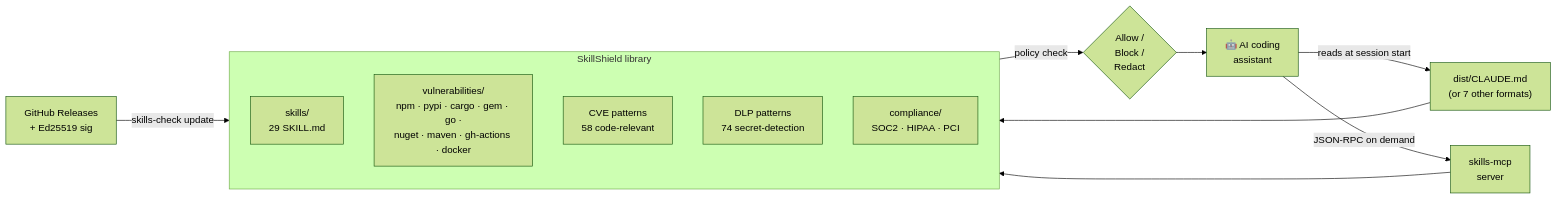
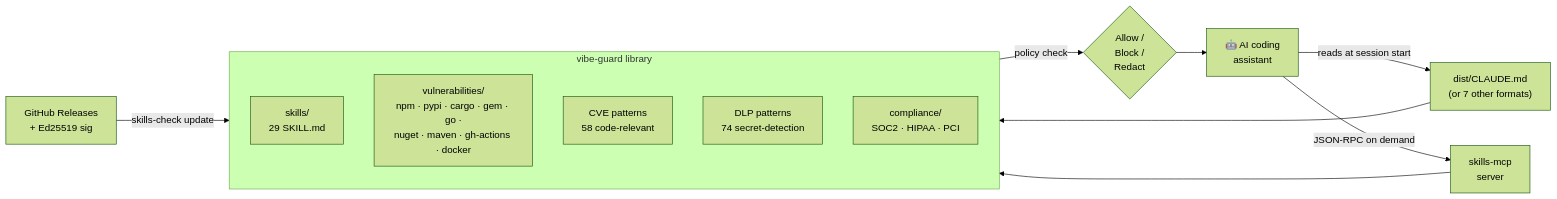
Before and after one commit to nguyencongnamit/skills-library: the diagram in docs/index.md, drawn with Mermaid (forest theme). The commit also changed other lines of this file and 22 other files, not shown here.

First line of the commit message:
Add build roadmap, strategy docs, release banner; refresh branding prose

````diff
--- a/docs/index.md
+++ b/docs/index.md
@@ -92,18 +92,18 @@
 ``` mermaid
 flowchart LR
     AI["🤖 AI coding<br/>assistant"] -->|reads at session start| DIST["dist/CLAUDE.md<br/>(or 7 other formats)"]
     AI -->|JSON-RPC on demand| MCP["skills-mcp<br/>server"]
-    subgraph LIB [" SkillShield library "]
+    subgraph LIB [" vibe-guard library "]
         direction TB
         SK["skills/<br/>29 SKILL.md"]
         VU["vulnerabilities/<br/>npm · pypi · cargo · gem · go ·<br/>nuget · maven · gh-actions · docker"]
         CV["CVE patterns<br/>58 code-relevant"]
         DLP["DLP patterns<br/>74 secret-detection"]
         CO["compliance/<br/>SOC2 · HIPAA · PCI"]
     end
     DIST --> LIB
     MCP --> LIB
     REL["GitHub Releases<br/>+ Ed25519 sig"] -->|skills-check update| LIB
     LIB -->|policy check| DEC{"Allow /<br/>Block /<br/>Redact"}
     DEC --> AI
 ```
````
